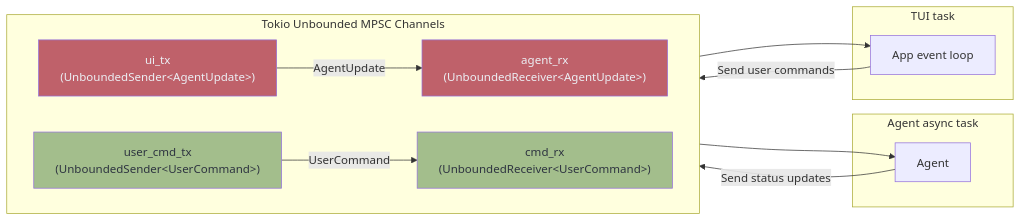
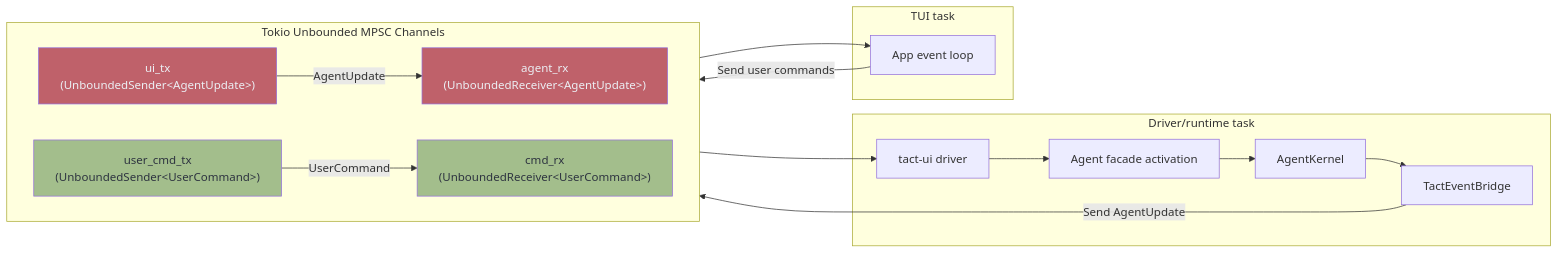
The ninth of 10 diagrams in ARCHITECTURE.md (rust-infra/tact), drawn with Mermaid before and after one commit. The commit also changed other lines of this file and 104 other files, not shown here.

Commit message:
feat(agent): introduce a bounded agent kernel

````diff
--- a/ARCHITECTURE.md
+++ b/ARCHITECTURE.md
@@ -533,31 +623,37 @@
 ```mermaid
 flowchart LR
     subgraph Channels["Tokio Unbounded MPSC Channels"]
         direction LR
         TX1["ui_tx<br/>(UnboundedSender&lt;AgentUpdate&gt;)"]
         RX1["agent_rx<br/>(UnboundedReceiver&lt;AgentUpdate&gt;)"]
         TX2["user_cmd_tx<br/>(UnboundedSender&lt;UserCommand&gt;)"]
         RX2["cmd_rx<br/>(UnboundedReceiver&lt;UserCommand&gt;)"]
     end
 
-    subgraph AgentTask["Agent async task"]
-        A["Agent"]
+    subgraph RuntimeTask["Driver/runtime task"]
+        D["tact-ui driver"]
+        A["Agent facade activation"]
+        K["AgentKernel"]
+        B["TactEventBridge"]
+        D --> A
+        A --> K
+        K --> B
     end
 
     subgraph MainThread["TUI task"]
         TUI["App event loop"]
     end
 
-    A -- "Send status updates" --> TX1
+    B -- "Send AgentUpdate" --> TX1
     TX1 -- "AgentUpdate" --> RX1
     RX1 --> TUI
 
     TUI -- "Send user commands" --> TX2
     TX2 -- "UserCommand" --> RX2
-    RX2 --> A
+    RX2 --> D
 
     style TX1 fill:#bf616a,color:#eceff4
     style RX1 fill:#bf616a,color:#eceff4
     style TX2 fill:#a3be8c,color:#2e3440
     style RX2 fill:#a3be8c,color:#2e3440
 ```
````
